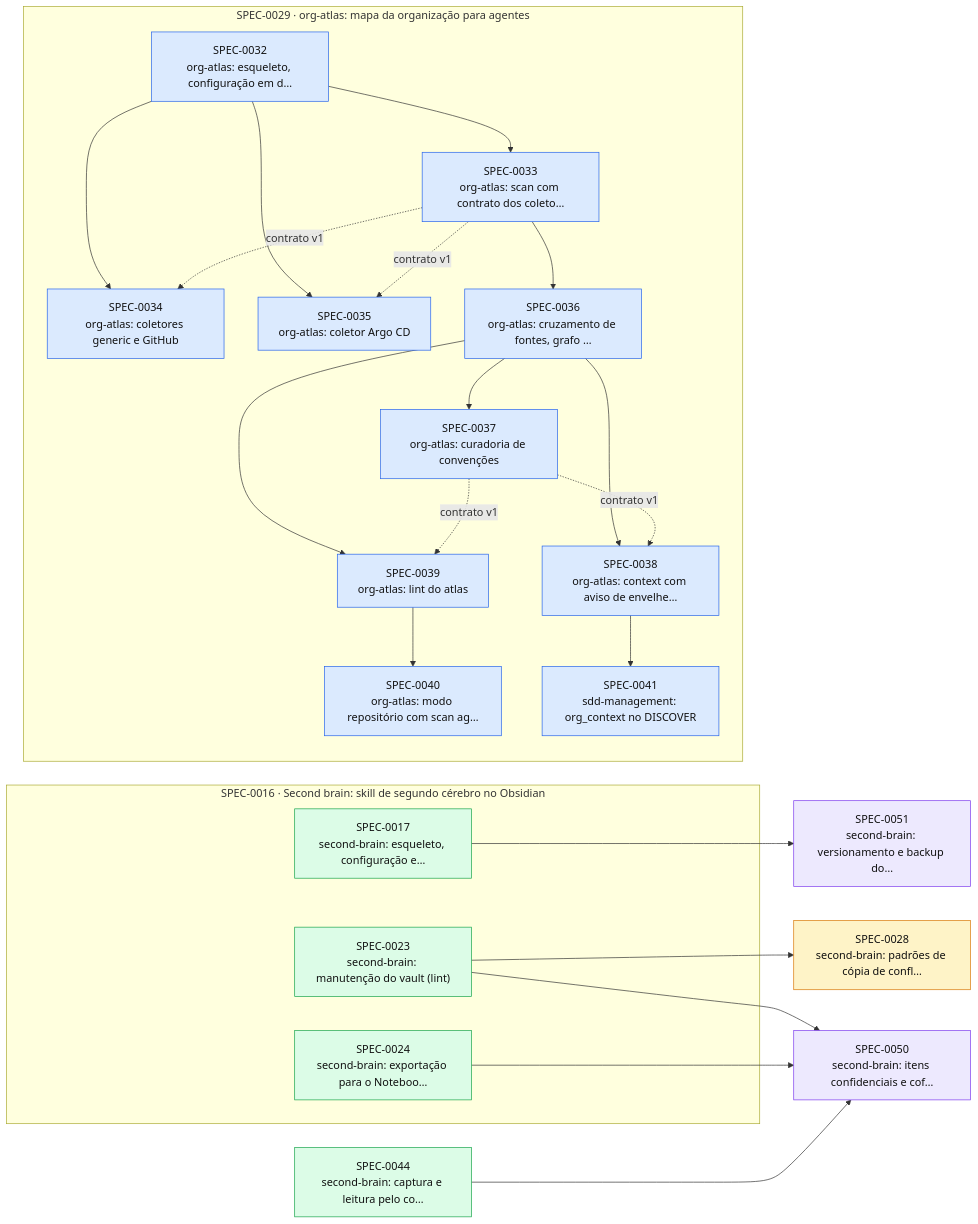
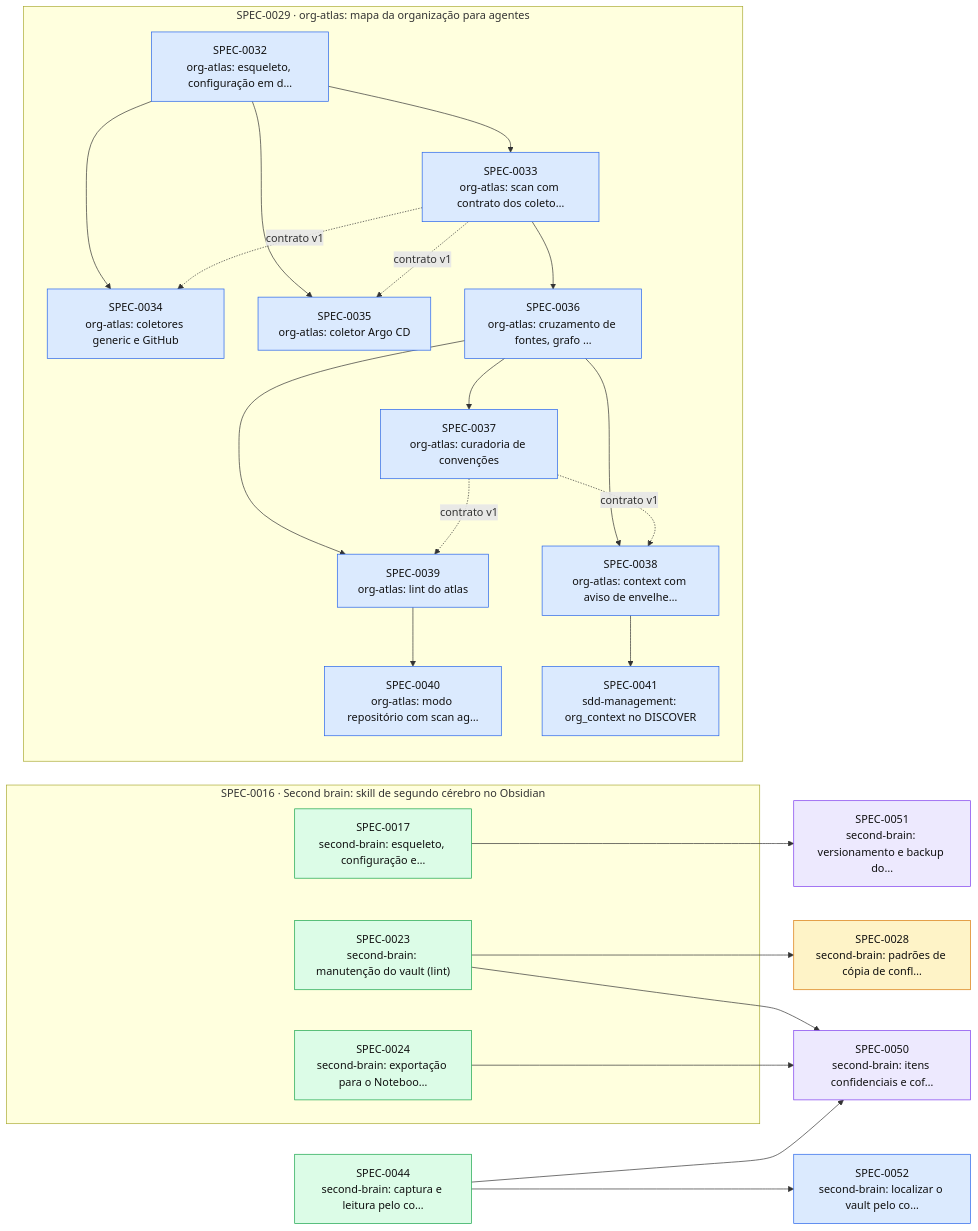
The diagram in docs/specs/INDEX.md (thomasravache/ai-dev-brain), drawn with Mermaid before and after one commit. The commit also changed other lines of this file and 2 other files, not shown here.

First line of the commit message:
docs(specs): G1–G3 da SPEC-0051; SPEC-0052 aprovada

````diff
--- a/docs/specs/INDEX.md
+++ b/docs/specs/INDEX.md
@@ -60,47 +61,49 @@
 ```mermaid
 flowchart LR
   S0028["SPEC-0028<br/>second-brain: padrões de cópia de confl…"]:::proposed
   S0044["SPEC-0044<br/>second-brain: captura e leitura pelo co…"]:::implemented
   S0050["SPEC-0050<br/>second-brain: itens confidenciais e cof…"]:::inprogress
   S0051["SPEC-0051<br/>second-brain: versionamento e backup do…"]:::inprogress
+  S0052["SPEC-0052<br/>second-brain: localizar o vault pelo co…"]:::approved
   subgraph E0016["SPEC-0016 · Second brain: skill de segundo cérebro no Obsidian"]
     S0017["SPEC-0017<br/>second-brain: esqueleto, configuração e…"]:::implemented
     S0023["SPEC-0023<br/>second-brain: manutenção do vault (lint)"]:::implemented
     S0024["SPEC-0024<br/>second-brain: exportação para o Noteboo…"]:::implemented
   end
   subgraph E0029["SPEC-0029 · org-atlas: mapa da organização para agentes"]
     S0032["SPEC-0032<br/>org-atlas: esqueleto, configuração em d…"]:::approved
     S0033["SPEC-0033<br/>org-atlas: scan com contrato dos coleto…"]:::approved
     S0034["SPEC-0034<br/>org-atlas: coletores generic e GitHub"]:::approved
     S0035["SPEC-0035<br/>org-atlas: coletor Argo CD"]:::approved
     S0036["SPEC-0036<br/>org-atlas: cruzamento de fontes, grafo …"]:::approved
     S0037["SPEC-0037<br/>org-atlas: curadoria de convenções"]:::approved
     S0038["SPEC-0038<br/>org-atlas: context com aviso de envelhe…"]:::approved
     S0039["SPEC-0039<br/>org-atlas: lint do atlas"]:::approved
     S0040["SPEC-0040<br/>org-atlas: modo repositório com scan ag…"]:::approved
     S0041["SPEC-0041<br/>sdd-management: org_context no DISCOVER"]:::approved
   end
   S0023 --> S0028
   S0032 --> S0033
   S0032 --> S0034
   S0033 -. contrato v1 .-> S0034
   S0032 --> S0035
   S0033 -. contrato v1 .-> S0035
   S0033 --> S0036
   S0036 --> S0037
   S0036 --> S0038
   S0037 -. contrato v1 .-> S0038
   S0036 --> S0039
   S0037 -. contrato v1 .-> S0039
   S0039 --> S0040
   S0038 --> S0041
   S0023 --> S0050
   S0024 --> S0050
   S0044 --> S0050
   S0017 --> S0051
+  S0044 --> S0052
   classDef proposed fill:#fef3c7,stroke:#d97706,color:#111
   classDef approved fill:#dbeafe,stroke:#2563eb,color:#111
   classDef inprogress fill:#ede9fe,stroke:#7c3aed,color:#111
   classDef implemented fill:#dcfce7,stroke:#16a34a,color:#111
   classDef deprecated fill:#f3f4f6,stroke:#9ca3af,color:#6b7280
 ```
````
